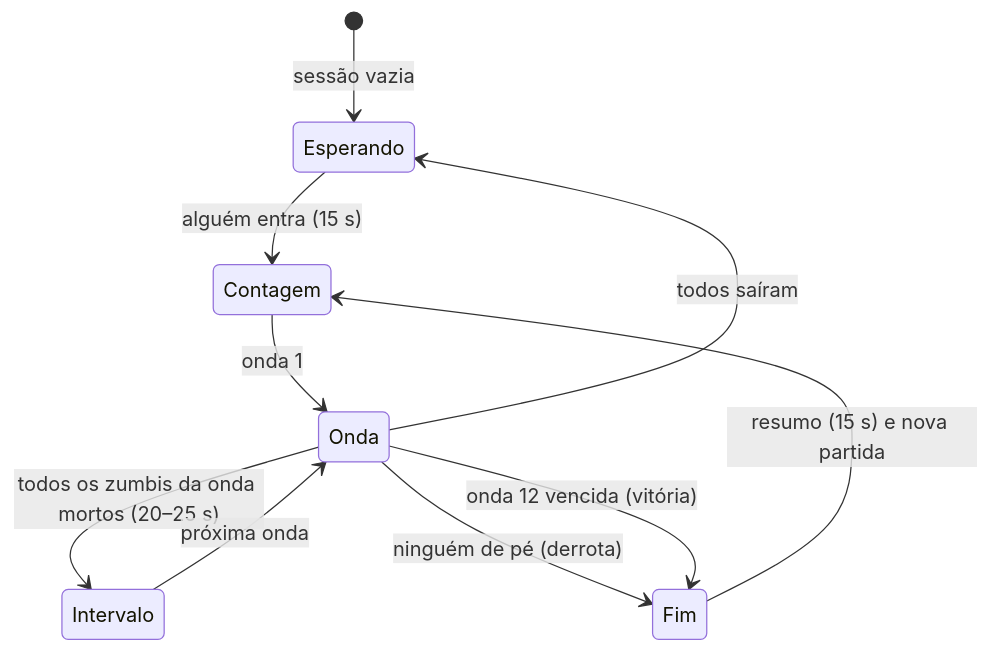
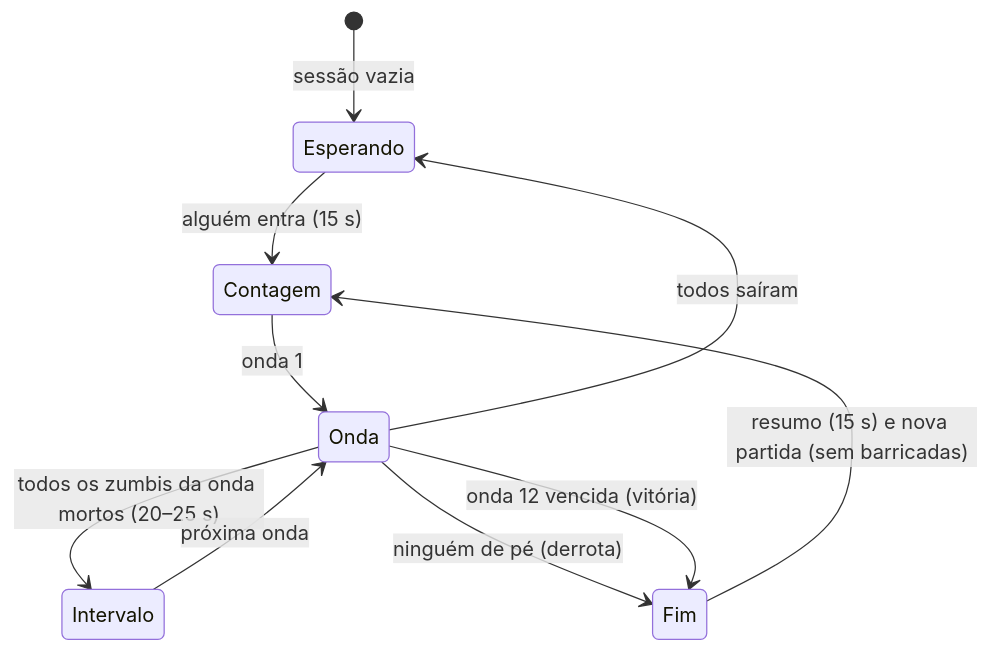
One commit to JPLabussiereF/offensive-combat-reload changed the diagram in Game-Vault/03 - Game Modes/Zombie.md. Above: the diagram before and after it, drawn with Mermaid. The commit also changed other lines of this file and 70 other files, not shown here.

````diff
--- a/Game-Vault/03 - Game Modes/Zombie.md
+++ b/Game-Vault/03 - Game Modes/Zombie.md
@@ -175,12 +221,12 @@
 ```mermaid
 stateDiagram-v2
     [*] --> Esperando: sessão vazia
     Esperando --> Contagem: alguém entra (15 s)
     Contagem --> Onda: onda 1
     Onda --> Intervalo: todos os zumbis da onda mortos (20–25 s)
     Intervalo --> Onda: próxima onda
     Onda --> Fim: ninguém de pé (derrota)
     Onda --> Fim: onda 12 vencida (vitória)
-    Fim --> Contagem: resumo (15 s) e nova partida
+    Fim --> Contagem: resumo (15 s) e nova partida (sem barricadas)
     Onda --> Esperando: todos saíram
 ```
````
